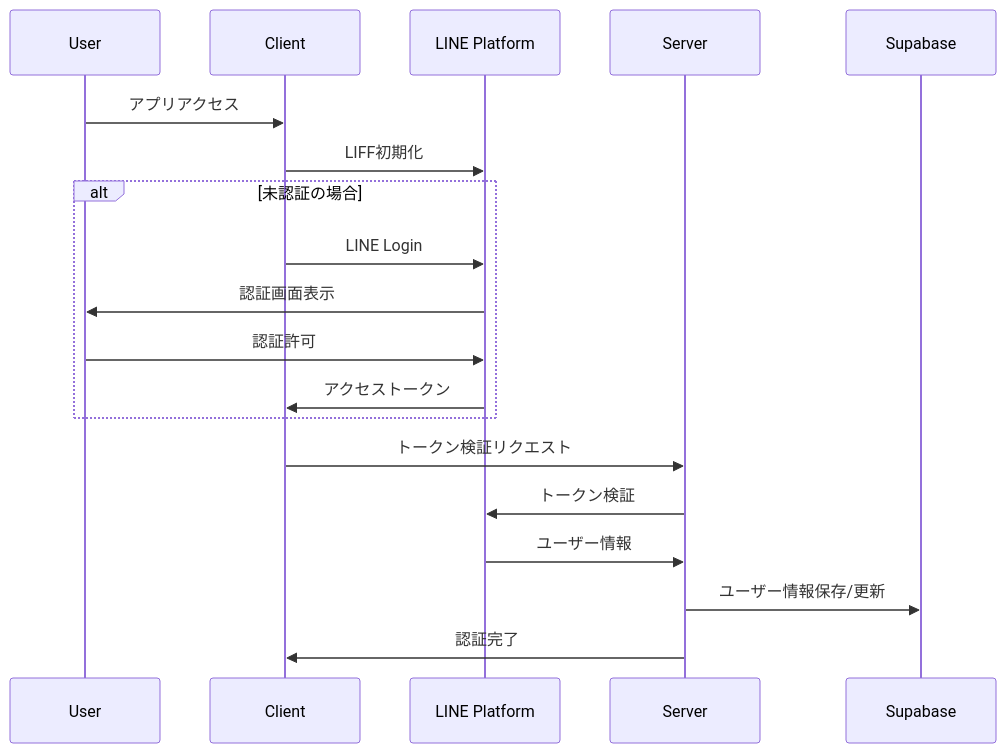
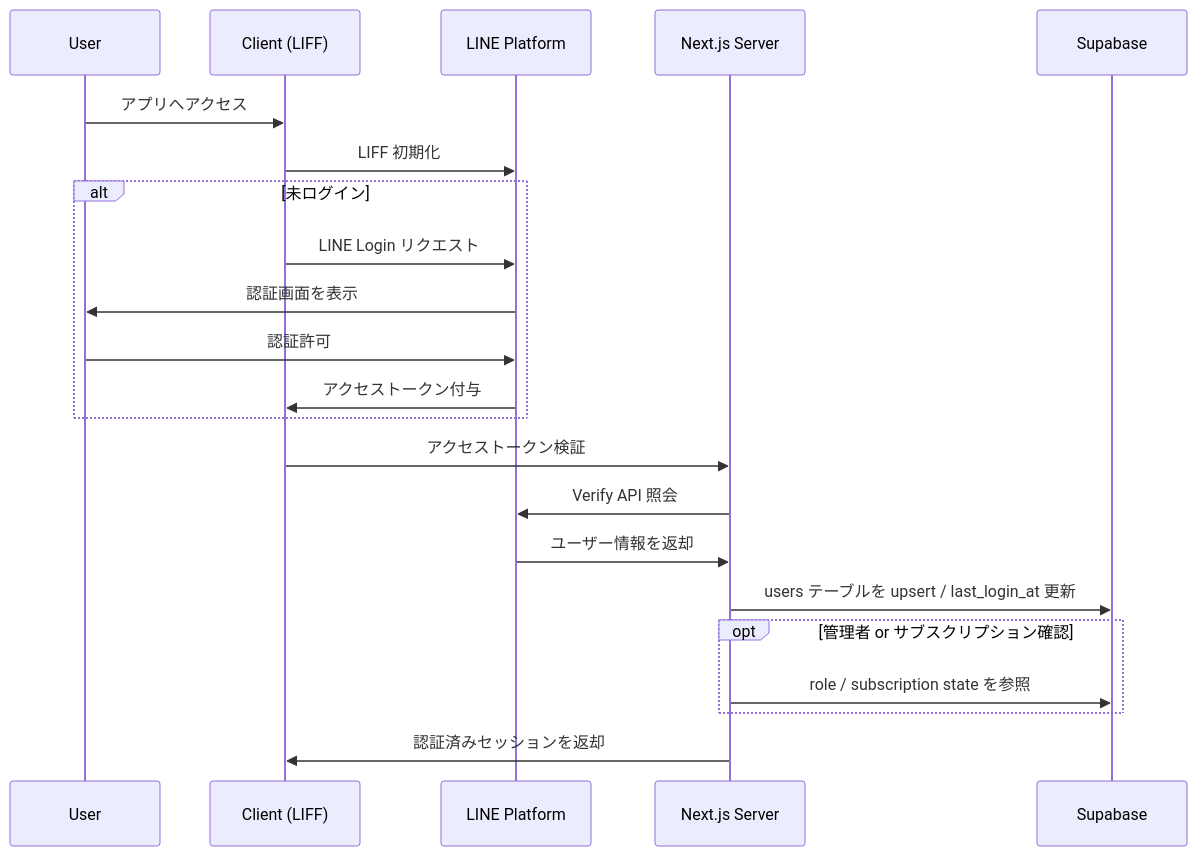
Before and after one commit to shoma-endo/industry-specific-mc-training: the second of 3 diagrams in README.md, drawn with Mermaid. The commit also changed other lines of this file and 2 other files, not shown here.

````diff
--- a/README.md
+++ b/README.md
@@ -102,22 +126,25 @@
 ```mermaid
 sequenceDiagram
     participant U as User
-    participant C as Client
+    participant C as Client (LIFF)
     participant L as LINE Platform
-    participant S as Server
+    participant S as Next.js Server
     participant DB as Supabase
 
-    U->>C: アプリアクセス
-    C->>L: LIFF初期化
-    alt 未認証の場合
-        C->>L: LINE Login
-        L->>U: 認証画面表示
+    U->>C: アプリへアクセス
+    C->>L: LIFF 初期化
+    alt 未ログイン
+        C->>L: LINE Login リクエスト
+        L->>U: 認証画面を表示
         U->>L: 認証許可
-        L->>C: アクセストークン
+        L->>C: アクセストークン付与
     end
-    C->>S: トークン検証リクエスト
-    S->>L: トークン検証
-    L->>S: ユーザー情報
-    S->>DB: ユーザー情報保存/更新
-    S->>C: 認証完了
+    C->>S: アクセストークン検証
+    S->>L: Verify API 照会
+    L->>S: ユーザー情報を返却
+    S->>DB: users テーブルを upsert / last_login_at 更新
+    opt 管理者 or サブスクリプション確認
+        S->>DB: role / subscription state を参照
+    end
+    S->>C: 認証済みセッションを返却
 ```
````
